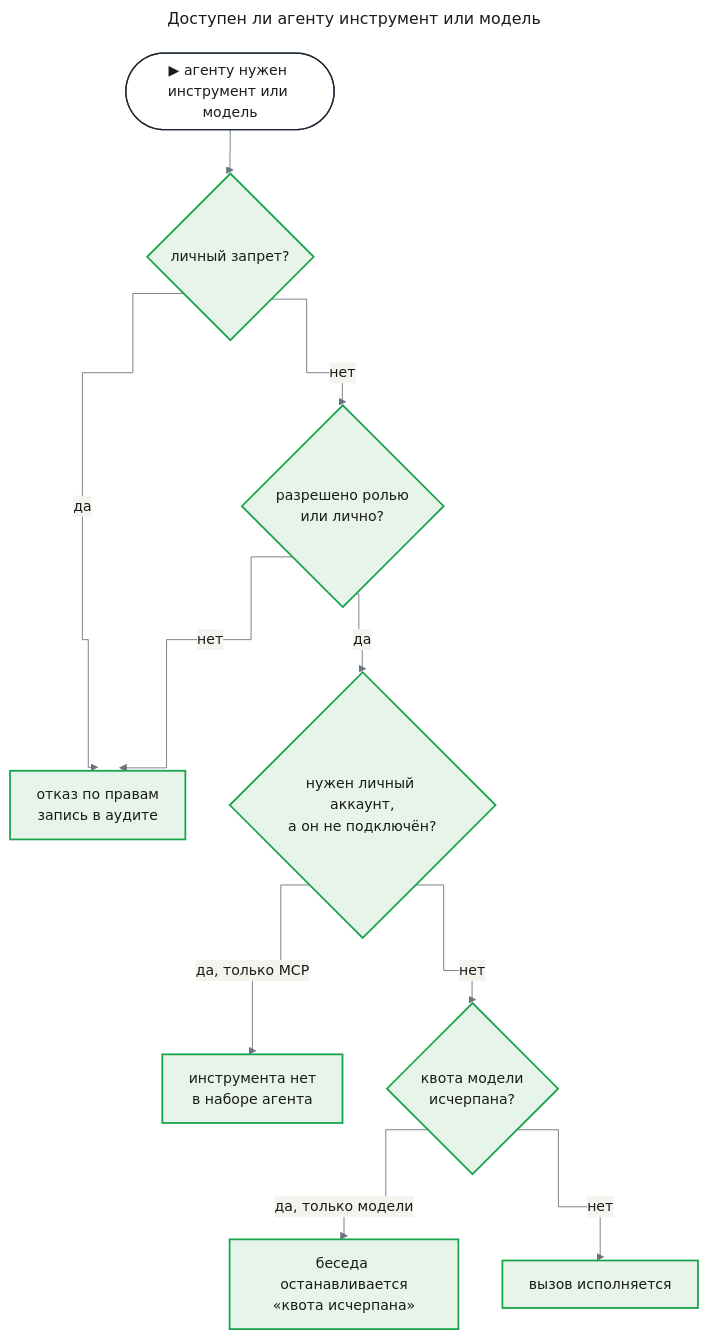
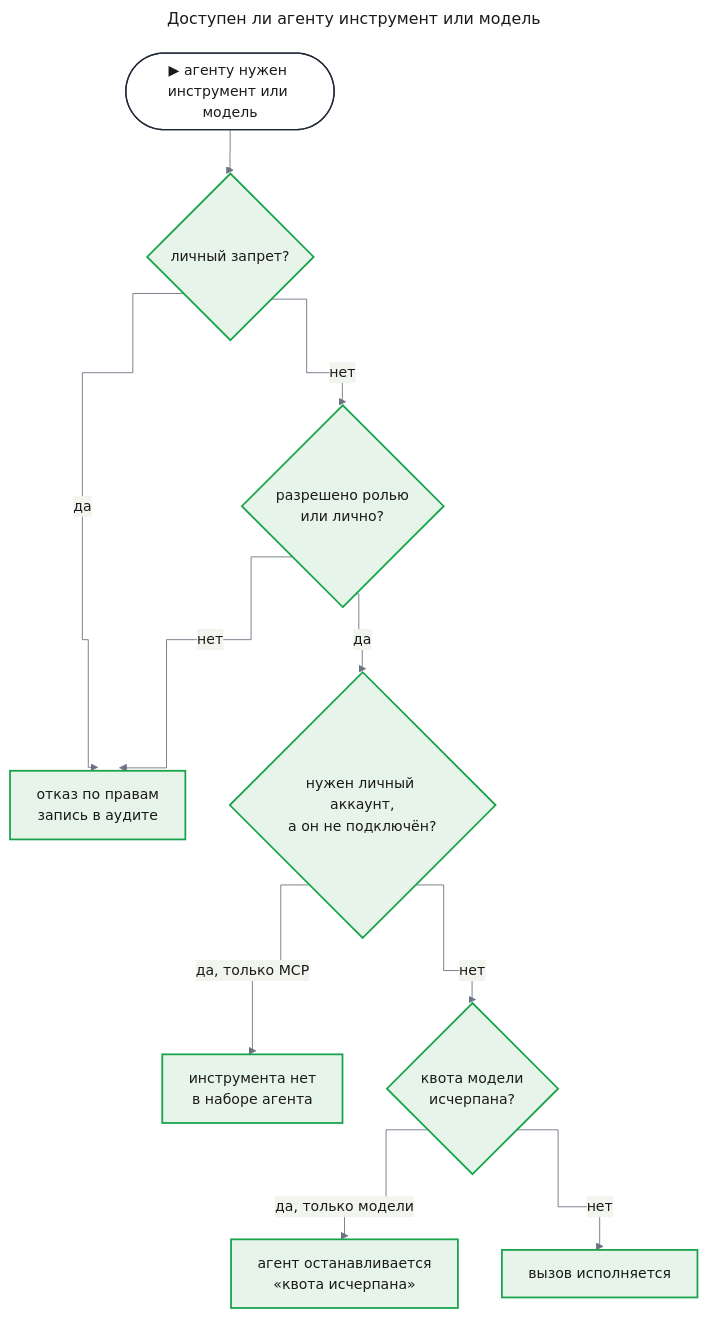
The third of 6 diagrams in docs/features/enterprise-access/prd.md (tundraray/agent-os), drawn with Mermaid before and after one commit. The commit also changed other lines of this file, not shown here.

````diff
--- a/docs/features/enterprise-access/prd.md
+++ b/docs/features/enterprise-access/prd.md
@@ -181,38 +181,38 @@
 ```mermaid
 ---
 title: "Доступен ли агенту инструмент или модель"
 config:
   theme: base
   look: classic
   themeVariables:
     primaryColor: "#eef1f5"
     primaryBorderColor: "#4b5563"
     primaryTextColor: "#1a1a1a"
     lineColor: "#6b7280"
   flowchart:
     curve: step
 ---
 flowchart TD
     ask(["▶ агенту нужен инструмент или модель"])
     deny{"личный запрет?"}
     allow{"разрешено ролью<br/>или лично?"}
     acct{"нужен личный аккаунт,<br/>а он не подключён?"}
     quota{"квота модели<br/>исчерпана?"}
     no["отказ по правам<br/>запись в аудите"]
     hide["инструмента нет<br/>в наборе агента"]
-    pause["беседа останавливается<br/>«квота исчерпана»"]
+    pause["агент останавливается<br/>«квота исчерпана»"]
     go["вызов исполняется"]
     ask --> deny
     deny -->|"да"| no
     deny -->|"нет"| allow
     allow -->|"нет"| no
     allow -->|"да"| acct
     acct -->|"да, только MCP"| hide
     acct -->|"нет"| quota
     quota -->|"да, только модели"| pause
     quota -->|"нет"| go
     classDef entry fill:#ffffff,stroke:#1f2937,stroke-width:1.5px,color:#1a1a1a
     classDef new fill:#e6f4ea,stroke:#16a34a,stroke-width:2px,color:#1a1a1a
     class ask entry
     class deny,allow,acct,quota,no,hide,pause,go new
 ```
````
